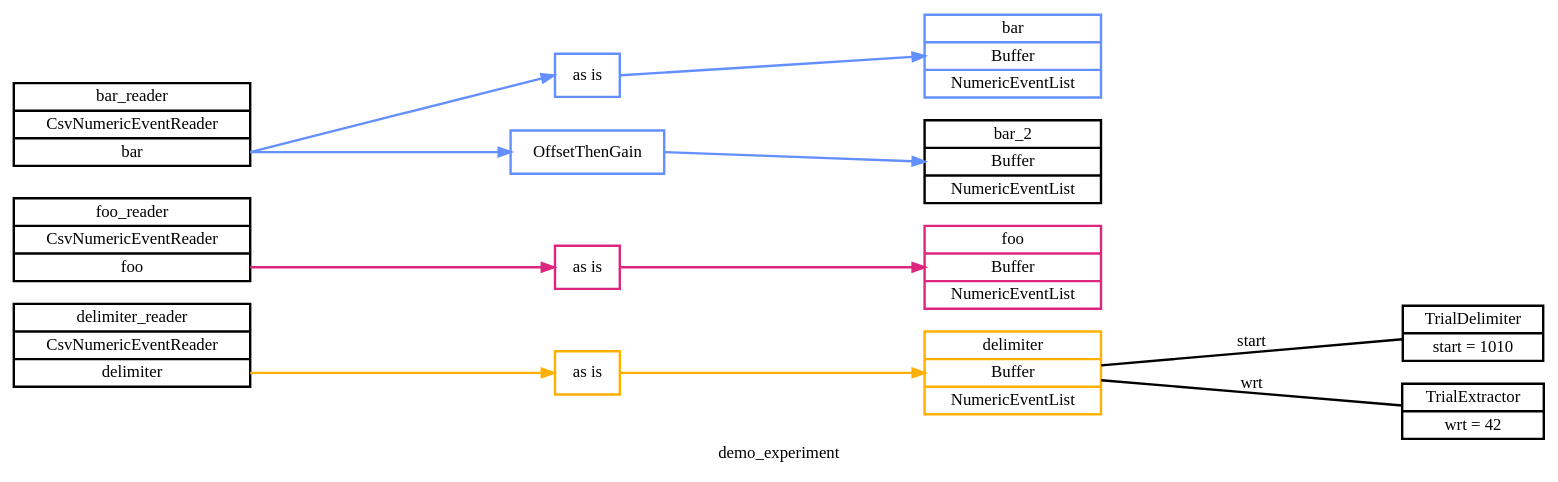
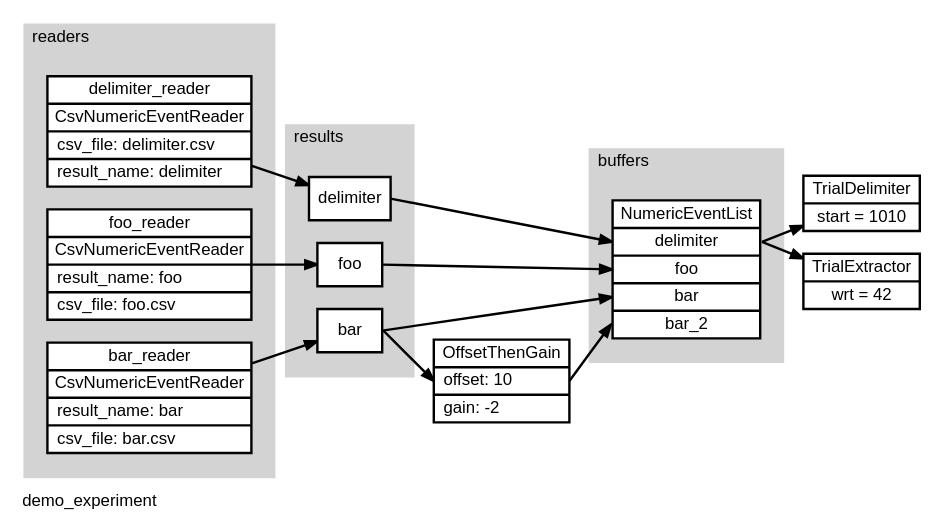
Before and after one commit to lwthompson2/pyramid: the diagram in docs/core-demo/demo_experiment.dot, drawn with Graphviz. The commit also changed 15 other files, not shown here.

Commit message:
Rework graphing for flow and config details.

```diff
--- a/docs/core-demo/demo_experiment.dot
+++ b/docs/core-demo/demo_experiment.dot
@@ -1,28 +1,37 @@
 digraph demo_experiment {
-	graph [label=demo_experiment overlap=scale rankdir=LR ranksep=3.0 splines=false]
-	node [penwidth=2.0]
-	edge [penwidth=2.0]
-	delimiter_reader [label="<delimiter_reader>delimiter_reader|CsvNumericEventReader|<delimiter>delimiter" shape=record]
-	foo_reader [label="<foo_reader>foo_reader|CsvNumericEventReader|<foo>foo" shape=record]
-	bar_reader [label="<bar_reader>bar_reader|CsvNumericEventReader|<bar>bar" shape=record]
-	delimiter [label="delimiter|Buffer|NumericEventList" color="#FFB000" shape=record]
-	foo [label="foo|Buffer|NumericEventList" color="#DC267F" shape=record]
-	bar [label="bar|Buffer|NumericEventList" color="#648FFF" shape=record]
-	bar_2 [label="bar_2|Buffer|NumericEventList" shape=record]
-	delimiter_reader_route_0 [label="as is" color="#FFB000" shape=record]
-	delimiter_reader:delimiter:e -> delimiter_reader_route_0:w [color="#FFB000"]
-	delimiter_reader_route_0:e -> delimiter:w [color="#FFB000"]
-	foo_reader_route_0 [label="as is" color="#DC267F" shape=record]
-	foo_reader:foo:e -> foo_reader_route_0:w [color="#DC267F"]
-	foo_reader_route_0:e -> foo:w [color="#DC267F"]
-	bar_reader_route_0 [label="as is" color="#648FFF" shape=record]
-	bar_reader:bar:e -> bar_reader_route_0:w [color="#648FFF"]
-	bar_reader_route_0:e -> bar:w [color="#648FFF"]
-	bar_reader_route_1 [label=OffsetThenGain color="#648FFF" shape=record]
-	bar_reader:bar:e -> bar_reader_route_1:w [color="#648FFF"]
-	bar_reader_route_1:e -> bar_2:w [color="#648FFF"]
-	trial_delimiter [label="TrialDelimiter|start = 1010" shape=record]
-	delimiter -> trial_delimiter [label=start arrowhead=none arrowtail=none]
-	trial_extractor [label="TrialExtractor|wrt = 42" shape=record]
-	delimiter -> trial_extractor [label=wrt arrowhead=none arrowtail=none]
+	graph [fontname=Arial label=demo_experiment labeljust=l outputorder=edgesfirst overlap=scale rankdir=LR splines=false]
+	node [fillcolor=white fontname=Arial penwidth=2.0 shape=record style=filled]
+	edge [fontname=Arial penwidth=2.0]
+	subgraph cluster_buffers {
+		graph [bgcolor=lightgray color=transparent fontname=Arial label=buffers margin=20 rank=same]
+		event_list [label="NumericEventList|<delimiter>delimiter|<foo>foo|<bar>bar|<bar_2>bar_2"]
+	}
+	trial_delimiter [label="TrialDelimiter|start = 1010"]
+	event_list:delimiter:e -> trial_delimiter
+	trial_extractor [label="TrialExtractor|wrt = 42"]
+	event_list:delimiter:e -> trial_extractor
+	subgraph cluster_enhancers {
+		graph [bgcolor=lightgray color=transparent fontname=Arial label=enhancers margin=20 rank=same]
+	}
+	subgraph cluster_readers {
+		graph [bgcolor=lightgray color=transparent fontname=Arial label=readers margin=20 rank=same]
+		delimiter_reader [label="delimiter_reader|CsvNumericEventReader|csv_file: delimiter.csv\l|result_name: delimiter\l"]
+		foo_reader [label="foo_reader|CsvNumericEventReader|result_name: foo\l|csv_file: foo.csv\l"]
+		bar_reader [label="bar_reader|CsvNumericEventReader|result_name: bar\l|csv_file: bar.csv\l"]
+	}
+	delimiter_reader -> delimiter_reader_results
+	foo_reader -> foo_reader_results
+	bar_reader -> bar_reader_results
+	subgraph cluster_results {
+		graph [bgcolor=lightgray color=transparent fontname=Arial label=results margin=20 rank=same]
+		delimiter_reader_results [label="<delimiter>delimiter"]
+		foo_reader_results [label="<foo>foo"]
+		bar_reader_results [label="<bar>bar"]
+	}
+	delimiter_reader_results:delimiter:e -> event_list:delimiter:w
+	foo_reader_results:foo:e -> event_list:foo:w
+	bar_reader_results:bar:e -> event_list:bar:w
+	bar_reader_route_1 [label="OffsetThenGain|offset: 10\l|gain: -2\l"]
+	bar_reader_results:bar:e -> bar_reader_route_1:w
+	bar_reader_route_1:e -> event_list:bar_2:w
 }
```
